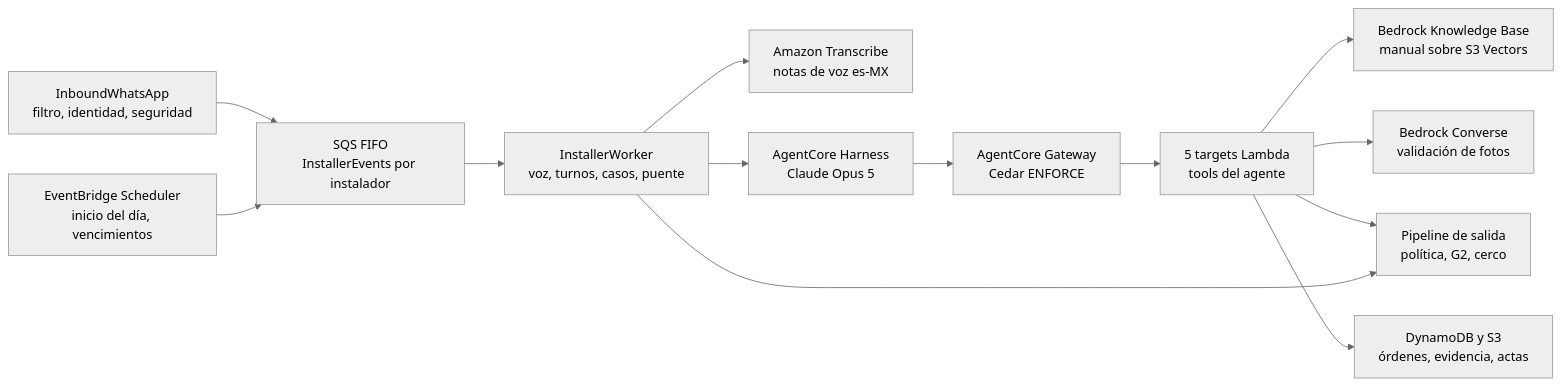
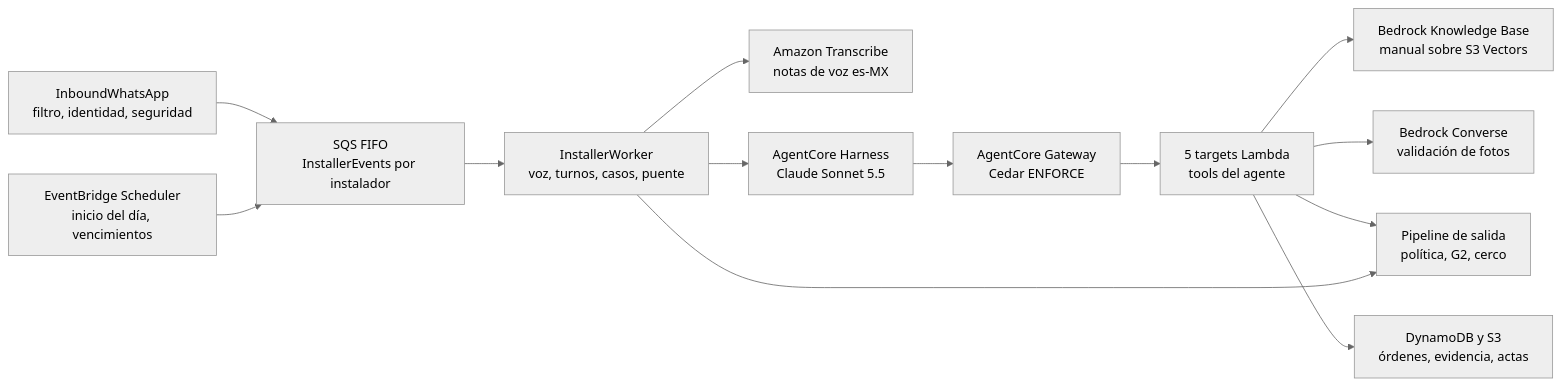
One commit to craftech-io/aws-cds-hackathon-poc-cuadrilla changed the second of 3 diagrams in docs/architecture.md. Above: the diagram before and after it, drawn with Mermaid (neutral theme). The commit also changed other lines of this file and 17 other files, not shown here.

````diff
--- a/docs/architecture.md
+++ b/docs/architecture.md
@@ -131,27 +131,27 @@
 ```mermaid
 flowchart LR
   IN["InboundWhatsApp<br/>filtro, identidad, seguridad"]
   SCH["EventBridge Scheduler<br/>inicio del día, vencimientos"]
   Q["SQS FIFO<br/>InstallerEvents por instalador"]
   W["InstallerWorker<br/>voz, turnos, casos, puente"]
   TR["Amazon Transcribe<br/>notas de voz es-MX"]
-  H["AgentCore Harness<br/>Claude Opus 5"]
+  H["AgentCore Harness<br/>Claude Sonnet 5.5"]
   GW["AgentCore Gateway<br/>Cedar ENFORCE"]
   T["5 targets Lambda<br/>tools del agente"]
   KB["Bedrock Knowledge Base<br/>manual sobre S3 Vectors"]
   VAL["Bedrock Converse<br/>validación de fotos"]
   OUT["Pipeline de salida<br/>política, G2, cerco"]
   DATA["DynamoDB y S3<br/>órdenes, evidencia, actas"]
   IN --> Q
   SCH --> Q
   Q --> W
   W --> TR
   W --> H
   H --> GW
   GW --> T
   T --> KB
   T --> VAL
   T --> OUT
   W --> OUT
   T --> DATA
 ```
````
